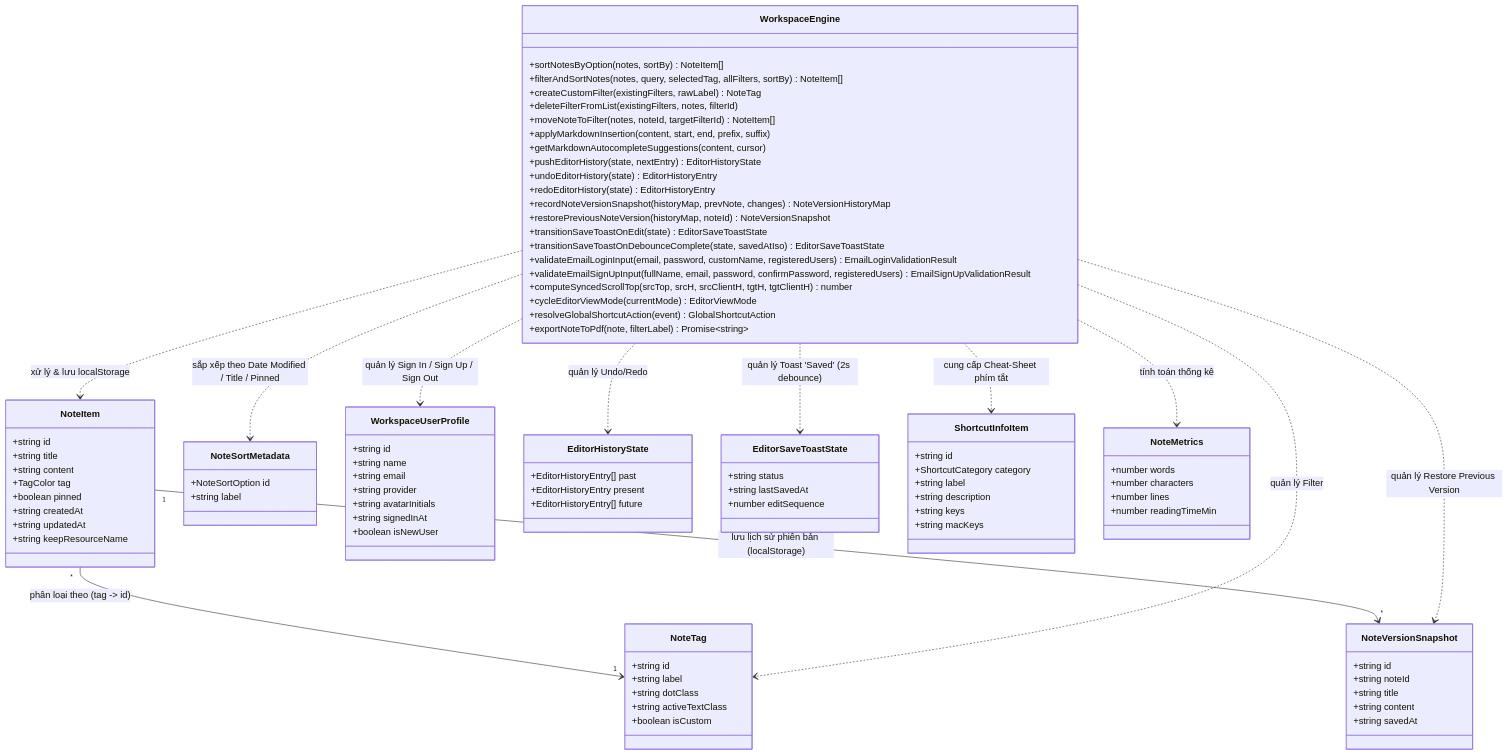
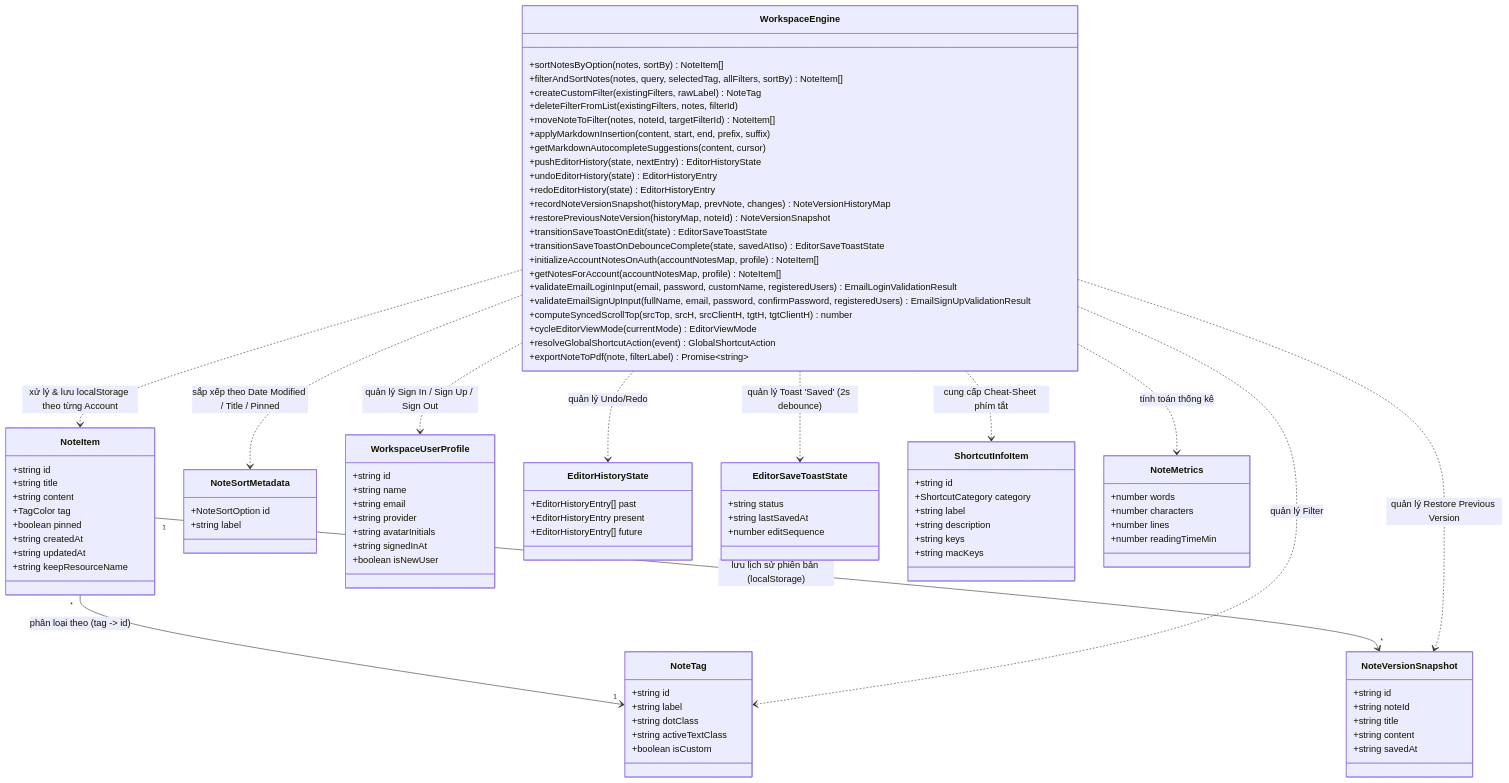
Before and after one commit to taro1026205/VibeNotes: the second of 2 diagrams in README.md, drawn with Mermaid. The commit also changed other lines of this file and 13 other files, not shown here.

```diff
--- a/README.md
+++ b/README.md
@@ -155,6 +155,8 @@
         +restorePreviousNoteVersion(historyMap, noteId) NoteVersionSnapshot
         +transitionSaveToastOnEdit(state) EditorSaveToastState
         +transitionSaveToastOnDebounceComplete(state, savedAtIso) EditorSaveToastState
+        +initializeAccountNotesOnAuth(accountNotesMap, profile) NoteItem[]
+        +getNotesForAccount(accountNotesMap, profile) NoteItem[]
         +validateEmailLoginInput(email, password, customName, registeredUsers) EmailLoginValidationResult
         +validateEmailSignUpInput(fullName, email, password, confirmPassword, registeredUsers) EmailSignUpValidationResult
         +computeSyncedScrollTop(srcTop, srcH, srcClientH, tgtH, tgtClientH) number
@@ -165,7 +167,7 @@
 
     NoteItem "*" --> "1" NoteTag : phân loại theo (tag -> id)
     NoteItem "1" --> "*" NoteVersionSnapshot : lưu lịch sử phiên bản (localStorage)
-    WorkspaceEngine ..> NoteItem : xử lý & lưu localStorage
+    WorkspaceEngine ..> NoteItem : xử lý & lưu localStorage theo từng Account
     WorkspaceEngine ..> NoteTag : quản lý Filter
     WorkspaceEngine ..> NoteSortMetadata : sắp xếp theo Date Modified / Title / Pinned
     WorkspaceEngine ..> WorkspaceUserProfile : quản lý Sign In / Sign Up / Sign Out
```
